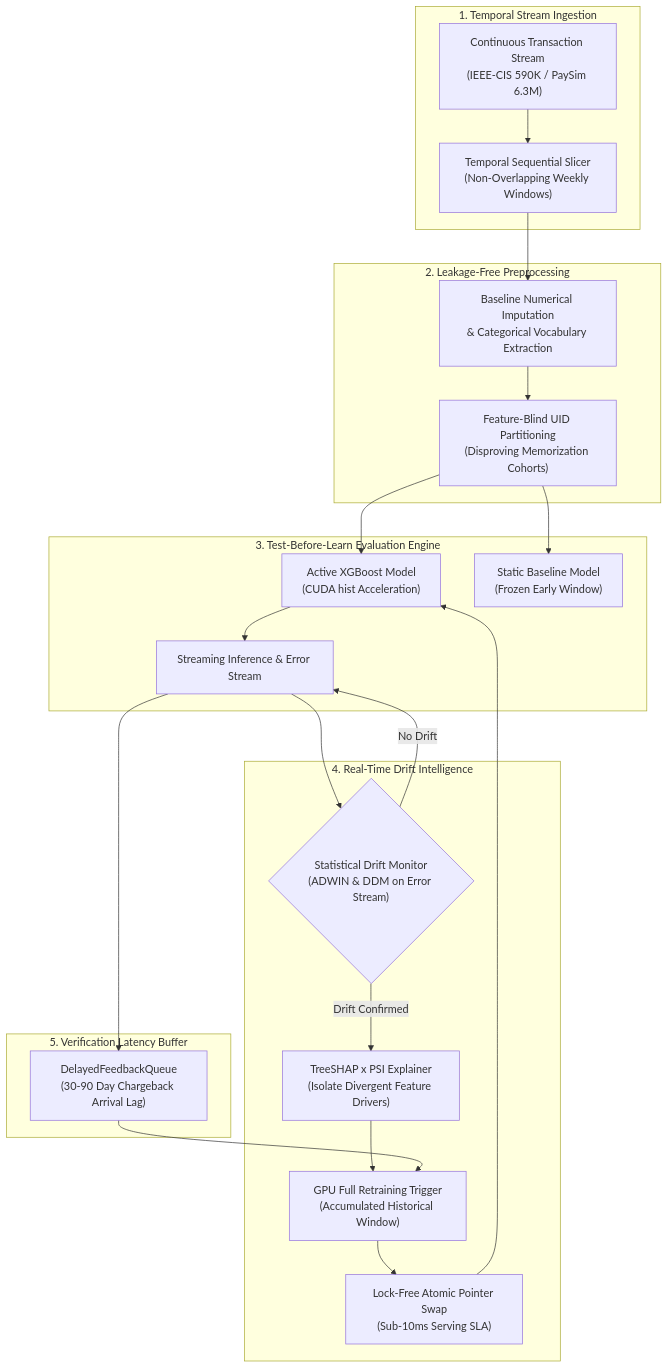
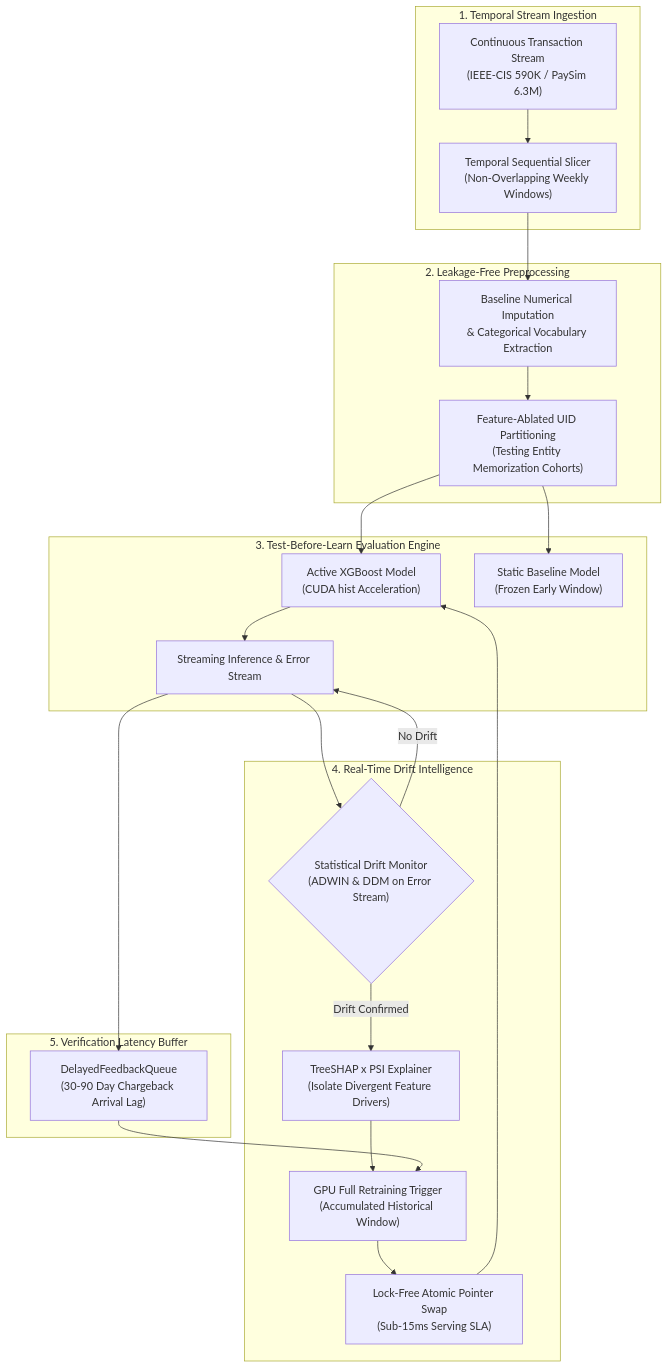
One commit to sjasumon/fraud-drift-detection changed the diagram in README.md. Above: the diagram before and after it, drawn with Mermaid. The commit also changed other lines of this file and 66 other files, not shown here.

````diff
--- a/README.md
+++ b/README.md
@@ -140,31 +192,31 @@
 ```mermaid
 flowchart TD
     subgraph Ingestion["1. Temporal Stream Ingestion"]
         A["Continuous Transaction Stream<br>(IEEE-CIS 590K / PaySim 6.3M)"] --> B["Temporal Sequential Slicer<br>(Non-Overlapping Weekly Windows)"]
     end
 
     subgraph Preprocessing["2. Leakage-Free Preprocessing"]
         B --> C["Baseline Numerical Imputation<br>& Categorical Vocabulary Extraction"]
-        C --> D["Feature-Blind UID Partitioning<br>(Disproving Memorization Cohorts)"]
+        C --> D["Feature-Ablated UID Partitioning<br>(Testing Entity Memorization Cohorts)"]
     end
 
     subgraph Models["3. Test-Before-Learn Evaluation Engine"]
         D --> E["Active XGBoost Model<br>(CUDA hist Acceleration)"]
         D --> F["Static Baseline Model<br>(Frozen Early Window)"]
         E --> G["Streaming Inference & Error Stream"]
     end
 
     subgraph DriftAttribution["4. Real-Time Drift Intelligence"]
         G --> H{"Statistical Drift Monitor<br>(ADWIN & DDM on Error Stream)"}
         H -- "No Drift" --> G
         H -- "Drift Confirmed" --> I["TreeSHAP x PSI Explainer<br>(Isolate Divergent Feature Drivers)"]
         I --> J["GPU Full Retraining Trigger<br>(Accumulated Historical Window)"]
-        J --> K["Lock-Free Atomic Pointer Swap<br>(Sub-10ms Serving SLA)"]
+        J --> K["Lock-Free Atomic Pointer Swap<br>(Sub-15ms Serving SLA)"]
         K --> E
     end
 
     subgraph Latency["5. Verification Latency Buffer"]
         G --> L["DelayedFeedbackQueue<br>(30-90 Day Chargeback Arrival Lag)"]
         L --> J
     end
 ```
````
